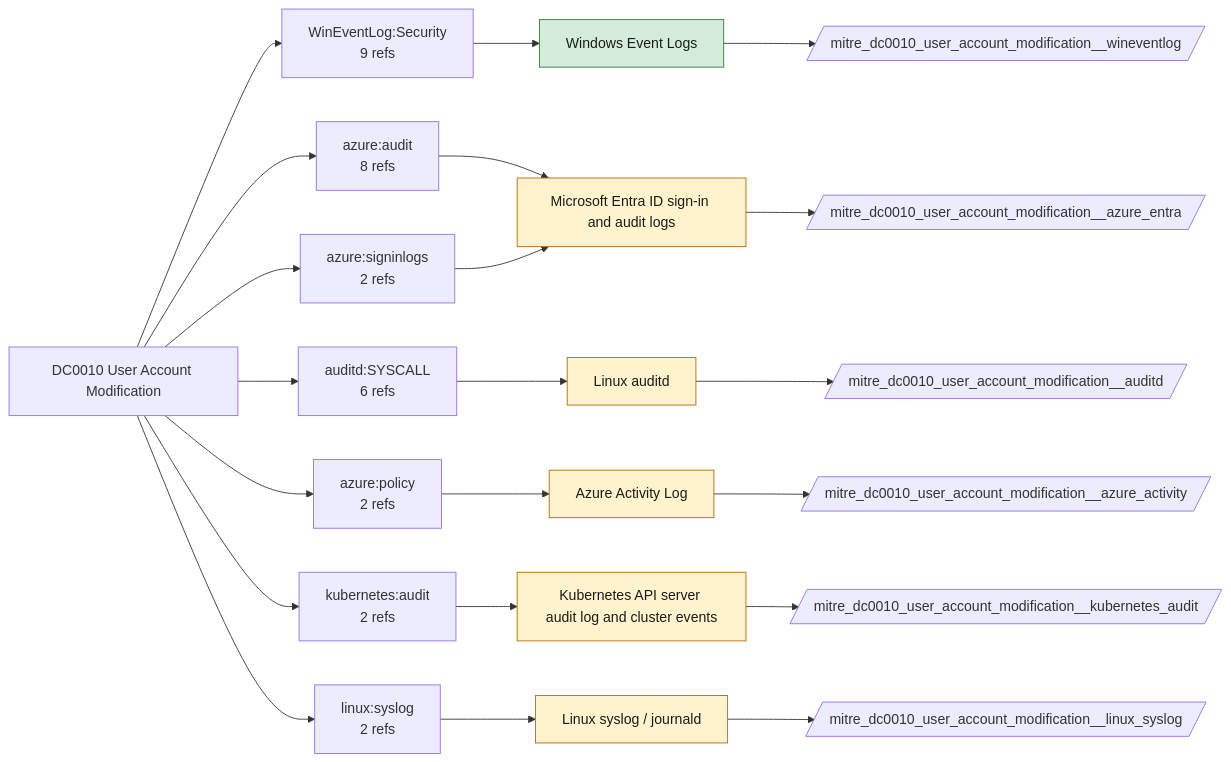
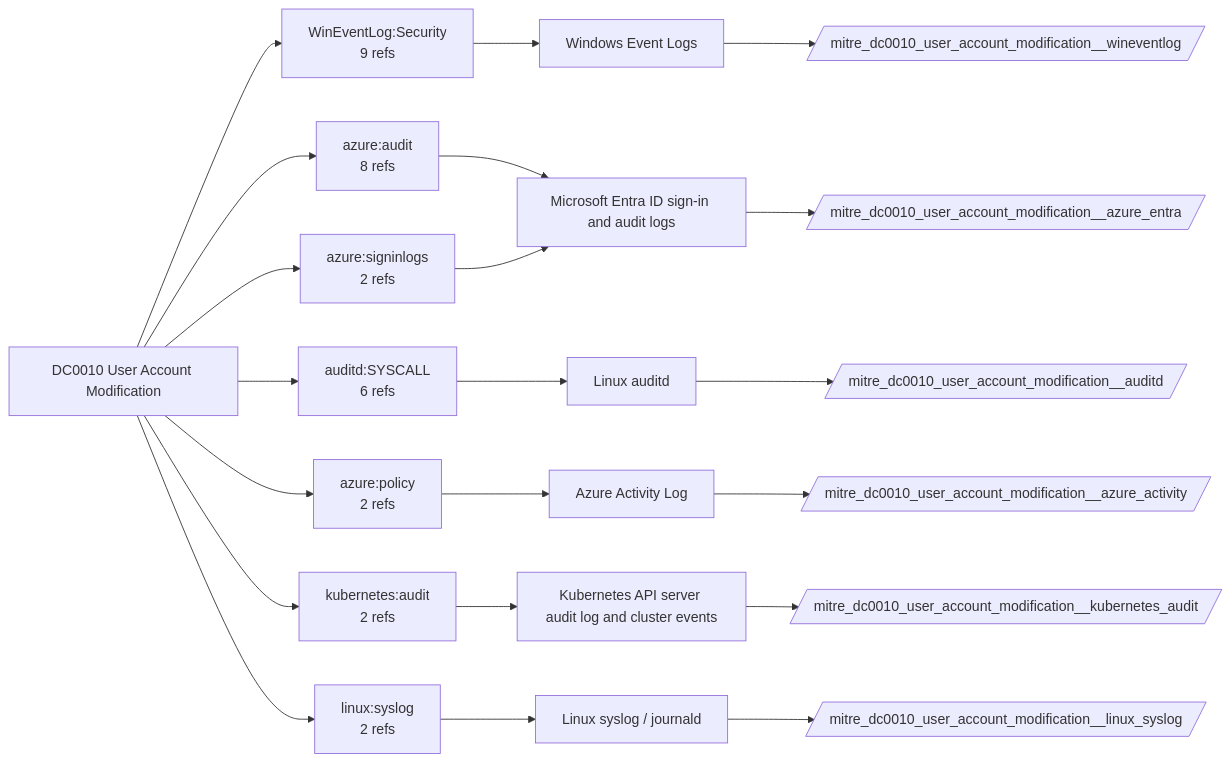
One commit to dev-nobytes-io/mitre-defensive-mappings-spl changed the diagram in docs/data-components/DC0010-user-account-modification.md. Above: the diagram before and after it, drawn with Mermaid. The commit also changed other lines of this file and 366 other files, not shown here.

````diff
--- a/docs/data-components/DC0010-user-account-modification.md
+++ b/docs/data-components/DC0010-user-account-modification.md
@@ -19,38 +19,30 @@
 ```mermaid
 flowchart LR
   DC["DC0010 User Account Modification"]
   DC --> LS0["WinEventLog:Security<br/>9 refs"]
   F_wineventlog["Windows Event Logs"]
   LS0 --> F_wineventlog
   DC --> LS1["azure:audit<br/>8 refs"]
   F_azure_entra["Microsoft Entra ID sign-in and audit logs"]
   LS1 --> F_azure_entra
   DC --> LS2["auditd:SYSCALL<br/>6 refs"]
   F_auditd["Linux auditd"]
   LS2 --> F_auditd
   DC --> LS3["azure:policy<br/>2 refs"]
   F_azure_activity["Azure Activity Log"]
   LS3 --> F_azure_activity
   DC --> LS4["azure:signinlogs<br/>2 refs"]
   LS4 --> F_azure_entra
   DC --> LS5["kubernetes:audit<br/>2 refs"]
   F_kubernetes_audit["Kubernetes API server audit log and cluster events"]
   LS5 --> F_kubernetes_audit
   DC --> LS6["linux:syslog<br/>2 refs"]
   F_linux_syslog["Linux syslog / journald"]
   LS6 --> F_linux_syslog
+  F_auditd --> ET_auditd[/"mitre_dc0010_user_account_modification__auditd"/]
+  F_azure_activity --> ET_azure_activity[/"mitre_dc0010_user_account_modification__azure_activity"/]
+  F_azure_entra --> ET_azure_entra[/"mitre_dc0010_user_account_modification__azure_entra"/]
+  F_kubernetes_audit --> ET_kubernetes_audit[/"mitre_dc0010_user_account_modification__kubernetes_audit"/]
+  F_linux_syslog --> ET_linux_syslog[/"mitre_dc0010_user_account_modification__linux_syslog"/]
   F_wineventlog --> ET_wineventlog[/"mitre_dc0010_user_account_modification__wineventlog"/]
-  class F_wineventlog live
-  F_auditd --> ET_auditd[/"mitre_dc0010_user_account_modification__auditd"/]
-  class F_auditd ready
-  F_azure_activity --> ET_azure_activity[/"mitre_dc0010_user_account_modification__azure_activity"/]
-  class F_azure_activity ready
-  F_azure_entra --> ET_azure_entra[/"mitre_dc0010_user_account_modification__azure_entra"/]
-  class F_azure_entra ready
-  F_kubernetes_audit --> ET_kubernetes_audit[/"mitre_dc0010_user_account_modification__kubernetes_audit"/]
-  class F_kubernetes_audit ready
-  F_linux_syslog --> ET_linux_syslog[/"mitre_dc0010_user_account_modification__linux_syslog"/]
-  class F_linux_syslog ready
-  classDef live fill:#d4edda,stroke:#2e7d32,color:#1b1b1b
-  classDef ready fill:#fff3cd,stroke:#b26a00,color:#1b1b1b
 ```
````
